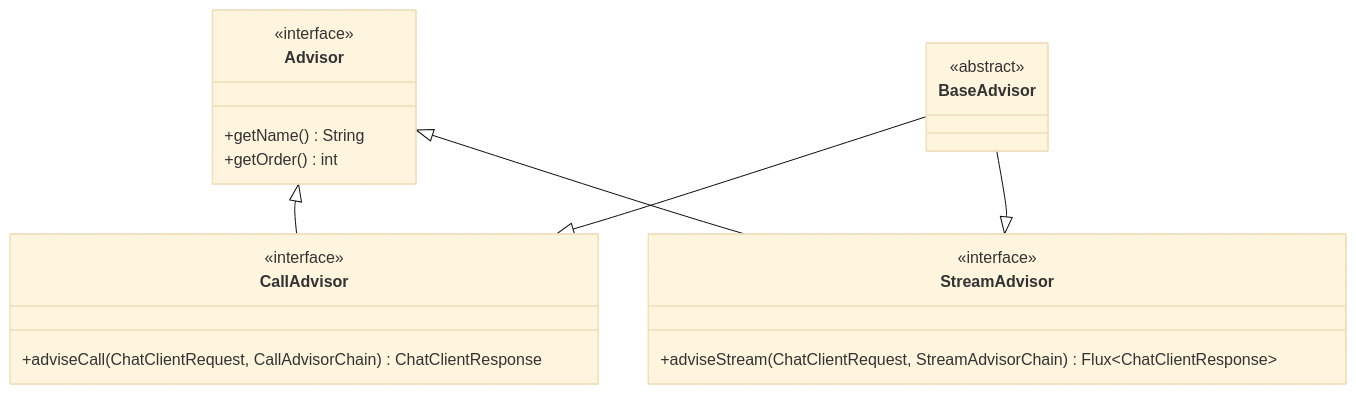
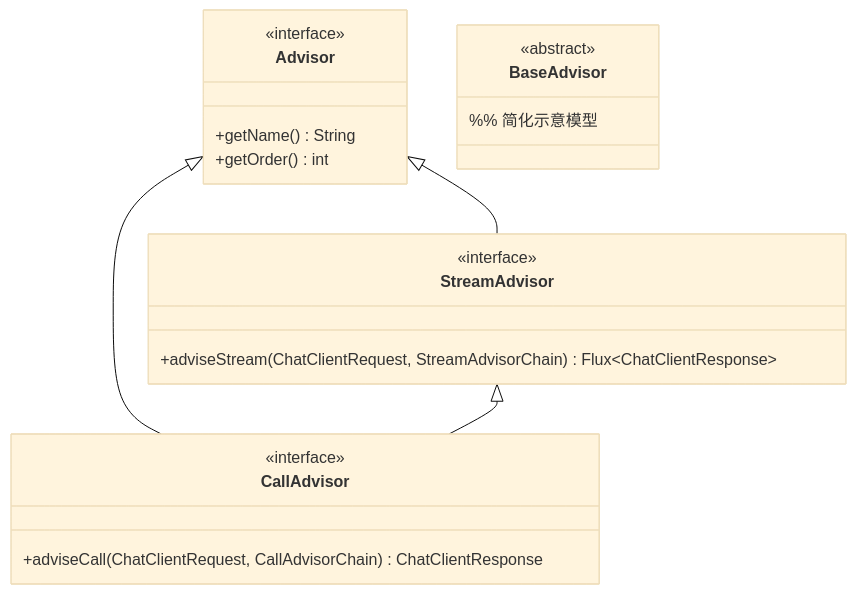
One commit to UranusGit/java-agent-learn changed the second of 6 diagrams in docs/附录/03-Spring-AI源码解析/01-Advisor执行链源码.md. Above: the diagram before and after it, drawn with Mermaid (base theme). The commit also changed other lines of this file and 206 other files, not shown here.

````diff
--- a/docs/附录/03-Spring-AI源码解析/01-Advisor执行链源码.md
+++ b/docs/附录/03-Spring-AI源码解析/01-Advisor执行链源码.md
@@ -51,27 +51,27 @@
 ```mermaid
 classDiagram
     class Advisor {
         <<interface>>
         +getName() String
         +getOrder() int
     }
 
     class CallAdvisor {
         <<interface>>
         +adviseCall(ChatClientRequest, CallAdvisorChain) ChatClientResponse
     }
 
     class StreamAdvisor {
         <<interface>>
         +adviseStream(ChatClientRequest, StreamAdvisorChain) Flux~ChatClientResponse~
     }
 
-    class BaseAdvisor {
+    class BaseAdvisor {  %% 简化示意模型
         <<abstract>>
     }
 
     Advisor <|-- CallAdvisor
     Advisor <|-- StreamAdvisor
-    BaseAdvisor --|> CallAdvisor
-    BaseAdvisor --|> StreamAdvisor
+    StreamAdvisor <|-- CallAdvisor   %% 简化示意: 真实 2.0 中两者均直接 extends Advisor
+    %% 注意: 2.0 没有 BaseAdvisor 基类（1.x 的 before/after 形态已废弃，见附录 12 基准）
 ```
````
